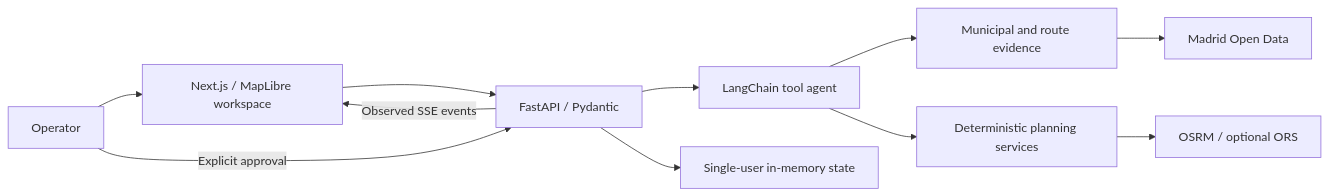
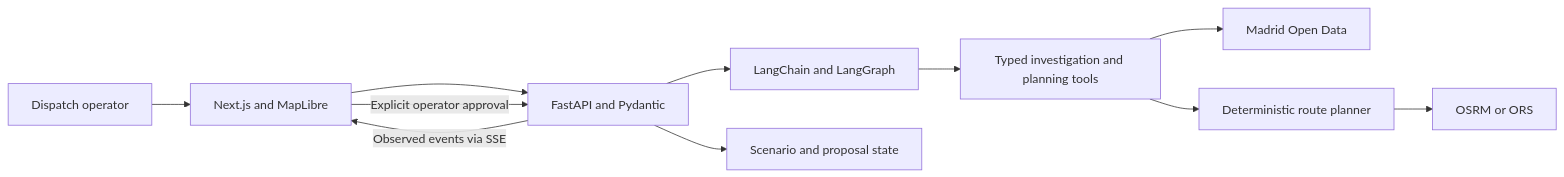
Before and after one commit to alexgomezz9/curbops-ai: the diagram in README.md, drawn with Mermaid. The commit also changed other lines of this file, not shown here.

````diff
--- a/README.md
+++ b/README.md
@@ -139,13 +85,13 @@
-```mermaid
+~~~mermaid
 flowchart LR
-    Operator[Operator] --> UI[Next.js / MapLibre workspace]
-    UI --> API[FastAPI / Pydantic]
-    API --> Agent[LangChain tool agent]
-    Agent --> Read[Municipal and route evidence]
-    Agent --> Plan[Deterministic planning services]
-    Read --> Madrid[Madrid Open Data]
-    Plan --> Router[OSRM / optional ORS]
-    API --> State[Single-user in-memory state]
-    API -->|Observed SSE events| UI
-    Operator -->|Explicit approval| API
-```
+    Operator[Dispatch operator] --> UI[Next.js and MapLibre]
+    UI --> API[FastAPI and Pydantic]
+    API --> Agent[LangChain and LangGraph]
+    Agent --> Tools[Typed investigation and planning tools]
+    Tools --> Evidence[Madrid Open Data]
+    Tools --> Planner[Deterministic route planner]
+    Planner --> Roads[OSRM or ORS]
+    API --> State[Scenario and proposal state]
+    API -->|Observed events via SSE| UI
+    UI -->|Explicit operator approval| API
+~~~
````
